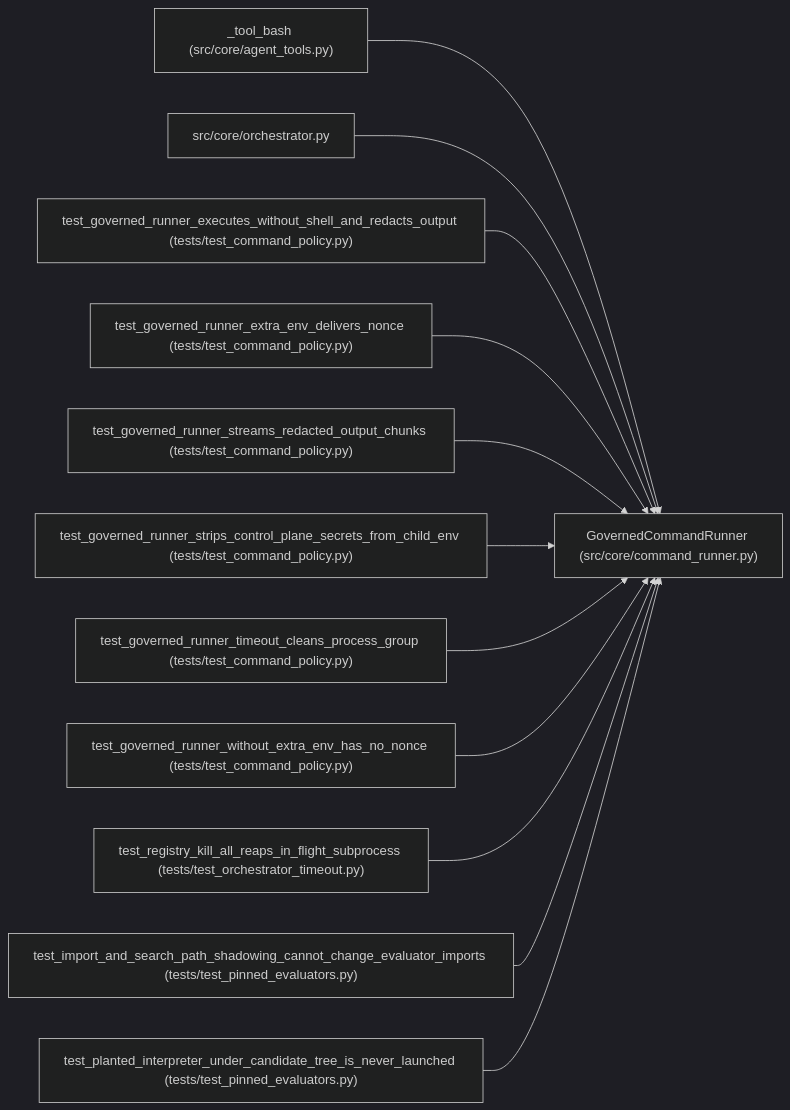
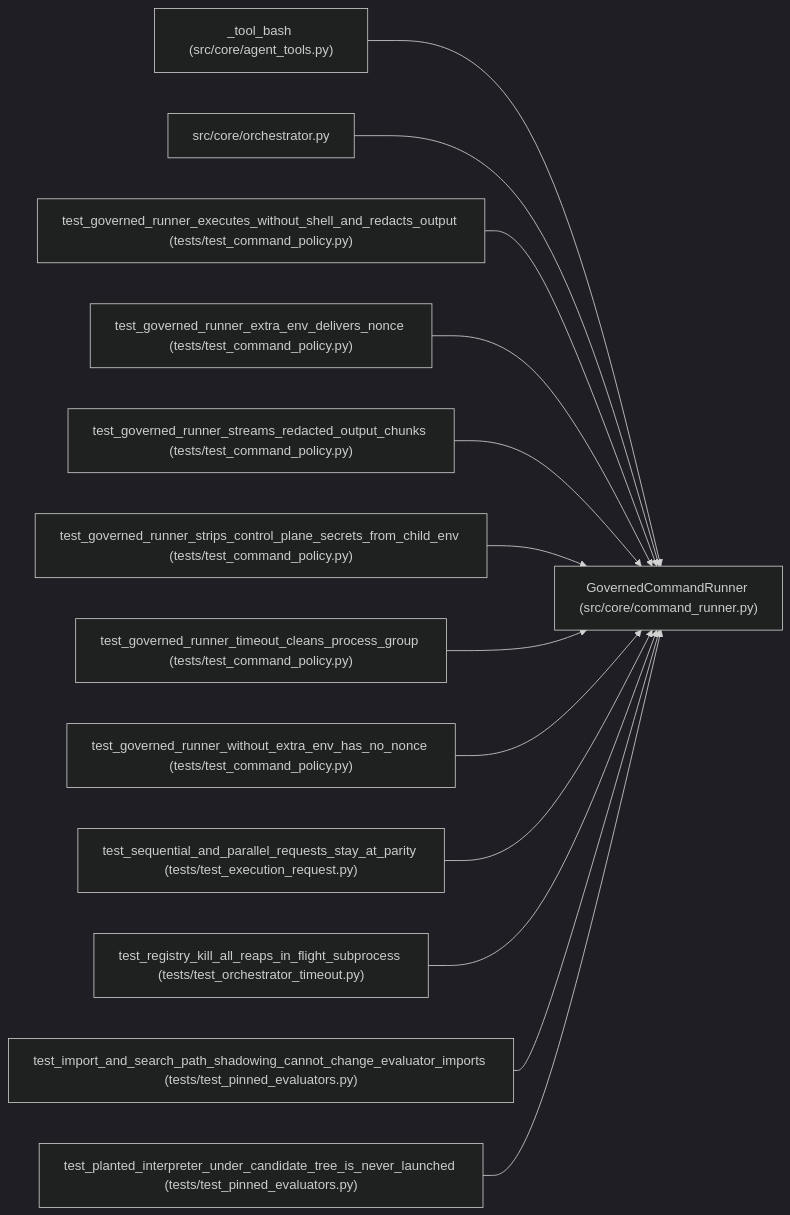
One commit to Denissvgn/autoresearch-agent changed the diagram in docs/llm_wiki/entities/GovernedCommandRunner.md. Above: the diagram before and after it, drawn with Mermaid (dark theme). The commit also changed other lines of this file and 41 other files, not shown here.

First line of the commit message:
docs(wiki): sync pages for the single execution request resolver

````diff
--- a/docs/llm_wiki/entities/GovernedCommandRunner.md
+++ b/docs/llm_wiki/entities/GovernedCommandRunner.md
@@ -26,38 +26,41 @@
 ```mermaid
 flowchart LR
     n0["GovernedCommandRunner (src/core/command_runner.py)"]
     n1["_tool_bash (src/core/agent_tools.py)"]
     n2["src/core/orchestrator.py"]
     n3["test_governed_runner_executes_without_shell_and_redacts_output (tests/test_command_policy.py)"]
     n4["test_governed_runner_extra_env_delivers_nonce (tests/test_command_policy.py)"]
     n5["test_governed_runner_streams_redacted_output_chunks (tests/test_command_policy.py)"]
     n6["test_governed_runner_strips_control_plane_secrets_from_child_env (tests/test_command_policy.py)"]
     n7["test_governed_runner_timeout_cleans_process_group (tests/test_command_policy.py)"]
     n8["test_governed_runner_without_extra_env_has_no_nonce (tests/test_command_policy.py)"]
-    n9["test_registry_kill_all_reaps_in_flight_subprocess (tests/test_orchestrator_timeout.py)"]
-    n10["test_import_and_search_path_shadowing_cannot_change_evaluator_imports (tests/test_pinned_evaluators.py)"]
-    n11["test_planted_interpreter_under_candidate_tree_is_never_launched (tests/test_pinned_evaluators.py)"]
+    n9["test_sequential_and_parallel_requests_stay_at_parity (tests/test_execution_request.py)"]
+    n10["test_registry_kill_all_reaps_in_flight_subprocess (tests/test_orchestrator_timeout.py)"]
+    n11["test_import_and_search_path_shadowing_cannot_change_evaluator_imports (tests/test_pinned_evaluators.py)"]
+    n12["test_planted_interpreter_under_candidate_tree_is_never_launched (tests/test_pinned_evaluators.py)"]
     n1 --> n0
     n2 --> n0
     n3 --> n0
     n4 --> n0
     n5 --> n0
     n6 --> n0
     n7 --> n0
     n8 --> n0
     n9 --> n0
     n10 --> n0
     n11 --> n0
+    n12 --> n0
     click n0 "../modules/command_runner.md"
     click n1 "../modules/agent_tools.md"
     click n2 "../modules/orchestrator.md"
     click n3 "../modules/test_command_policy.md"
     click n4 "../modules/test_command_policy.md"
     click n5 "../modules/test_command_policy.md"
     click n6 "../modules/test_command_policy.md"
     click n7 "../modules/test_command_policy.md"
     click n8 "../modules/test_command_policy.md"
-    click n9 "../modules/test_orchestrator_timeout.md"
-    click n10 "../modules/test_pinned_evaluators.md"
+    click n9 "../modules/test_execution_request.md"
+    click n10 "../modules/test_orchestrator_timeout.md"
     click n11 "../modules/test_pinned_evaluators.md"
+    click n12 "../modules/test_pinned_evaluators.md"
 ```
````
